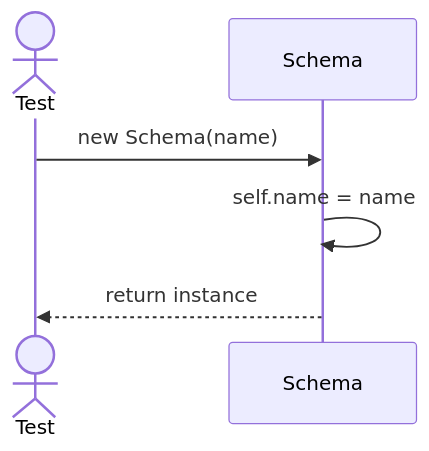
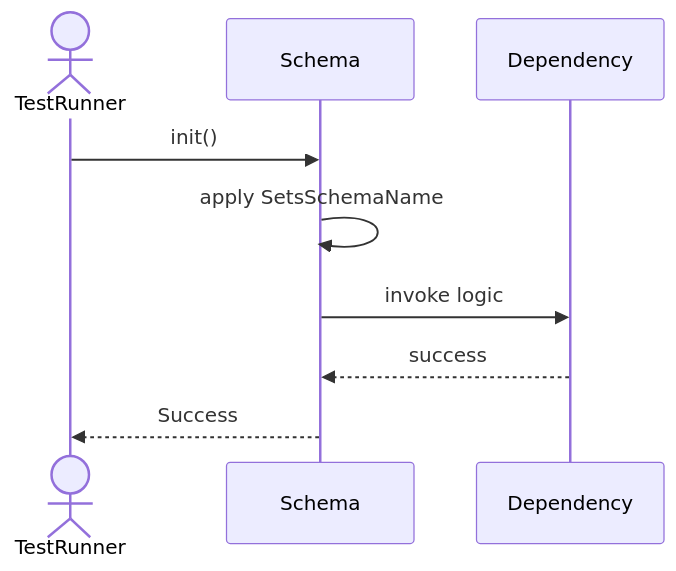
Before and after one commit to TamBui1706/DBMS: the first of 8 diagrams in Sequences/DatabaseObjectManagement/Schema.md, drawn with Mermaid. The commit also changed other lines of this file and 63 other files, not shown here.

Commit message:
Draw sequence diagram for unit tests

````diff
--- a/Sequences/DatabaseObjectManagement/Schema.md
+++ b/Sequences/DatabaseObjectManagement/Schema.md
@@ -15,9 +19,10 @@
 ```mermaid
 sequenceDiagram
-    actor Test
+    actor TestRunner
     participant Schema
-
-    Test->>Schema: new Schema(name)
-    Schema->>Schema: self.name = name
-    Schema-->>Test: return instance
+    TestRunner->>Schema: init()
+    Schema->>Schema: apply SetsSchemaName
+    Schema->>Dependency: invoke logic
+    Dependency-->>Schema: success
+    Schema-->>TestRunner: Success
 ```
````
